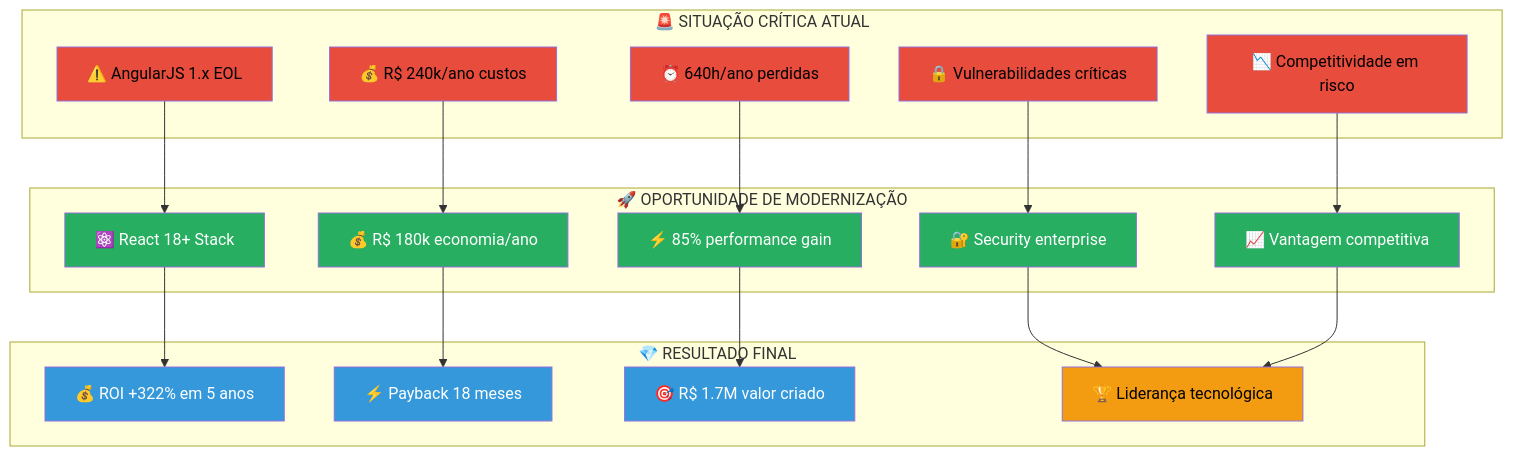
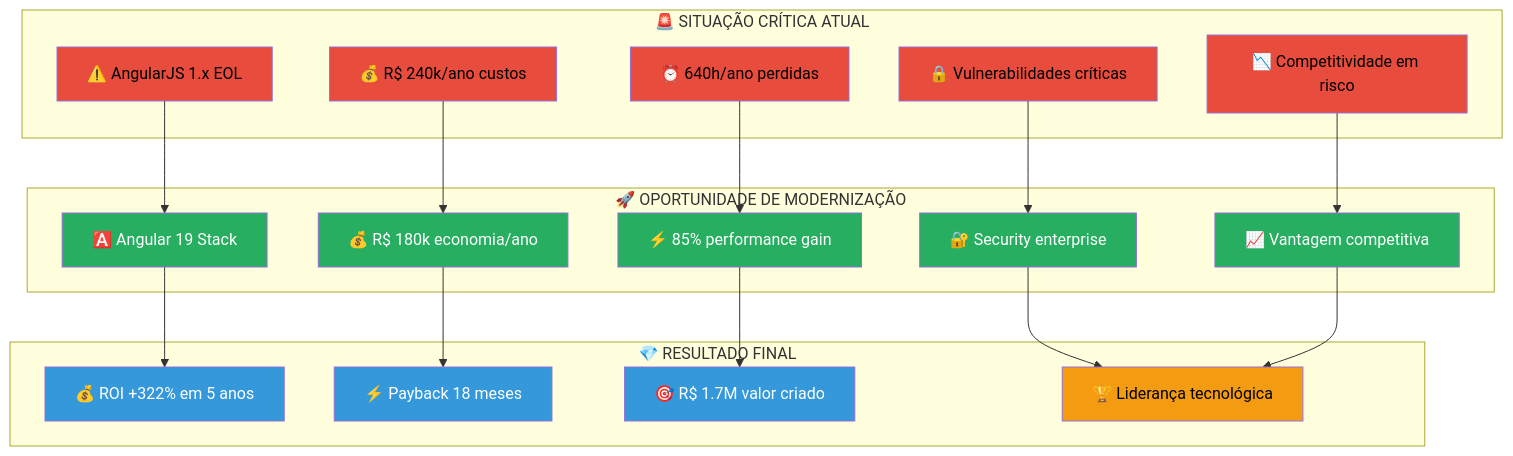
One commit to EduPereiraAlest/FocusTextil changed the diagram in 01-Proposta/documentacao/executive-summary.md. Above: the diagram before and after it, drawn with Mermaid. The commit also changed other lines of this file and 56 other files, not shown here.

Commit message:
refactor: migrate frontend from React to Angular architecture

````diff
--- a/01-Proposta/documentacao/executive-summary.md
+++ b/01-Proposta/documentacao/executive-summary.md
@@ -5,52 +5,52 @@
 ```mermaid
 graph TB
 subgraph "🚨 SITUAÇÃO CRÍTICA ATUAL"
 A["⚠️ AngularJS 1.x EOL"]
 B["💰 R$ 240k/ano custos"]
 C["⏰ 640h/ano perdidas"]
 D["🔒 Vulnerabilidades críticas"]
 E["📉 Competitividade em risco"]
 end
 
 subgraph "🚀 OPORTUNIDADE DE MODERNIZAÇÃO"
-F["⚛️ React 18+ Stack"]
+F["🅰️ Angular 19 Stack"]
 G["💰 R$ 180k economia/ano"]
 H["⚡ 85% performance gain"]
 I["🔐 Security enterprise"]
 J["📈 Vantagem competitiva"]
 end
 
 subgraph "💎 RESULTADO FINAL"
 K["💰 ROI +322% em 5 anos"]
 L["⚡ Payback 18 meses"]
 M["🎯 R$ 1.7M valor criado"]
 N["🏆 Liderança tecnológica"]
 end
 
 A --> F
 B --> G
 C --> H
 D --> I
 E --> J
 
 F --> K
 G --> L
 H --> M
 I --> N
 J --> N
 
 style A fill:#e74c3c,color:#000000
 style B fill:#e74c3c,color:#000000
 style C fill:#e74c3c,color:#000000
 style D fill:#e74c3c,color:#000000
 style E fill:#e74c3c,color:#000000
 style F fill:#27ae60,color:#ffffff
 style G fill:#27ae60,color:#ffffff
 style H fill:#27ae60,color:#ffffff
 style I fill:#27ae60,color:#ffffff
 style J fill:#27ae60,color:#ffffff
 style K fill:#3498db,color:#ffffff
 style L fill:#3498db,color:#ffffff
 style M fill:#3498db,color:#ffffff
 style N fill:#f39c12,color:#000000
 ```
````
